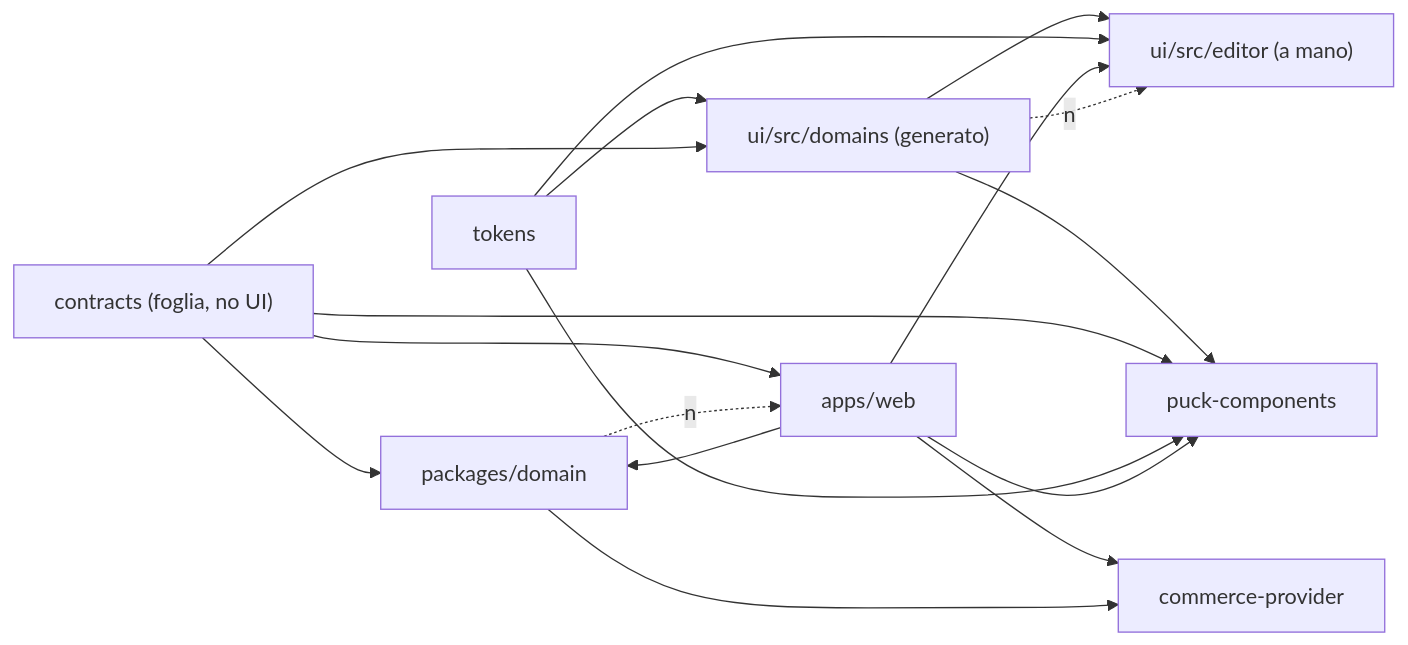
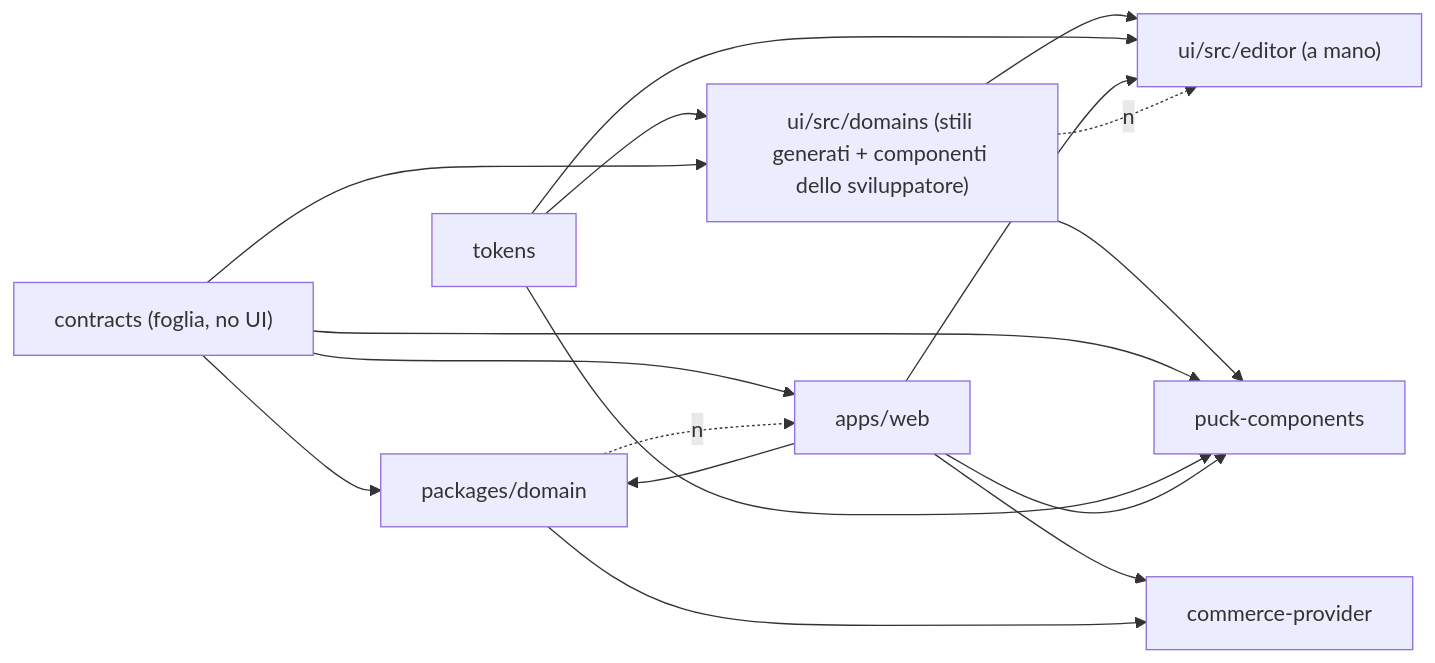
Before and after one commit to AlessandroPaciello/page-builder: the second of 2 diagrams in _bmad-output/planning-artifacts/architecture/architecture-page-builder-2026-07-25/ARCHITECTURE-SPINE.md, drawn with Mermaid. The commit also changed other lines of this file and 12 other files, not shown here.

````diff
--- a/_bmad-output/planning-artifacts/architecture/architecture-page-builder-2026-07-25/ARCHITECTURE-SPINE.md
+++ b/_bmad-output/planning-artifacts/architecture/architecture-page-builder-2026-07-25/ARCHITECTURE-SPINE.md
@@ -65,20 +65,20 @@
 ```mermaid
 graph LR
   contracts["contracts (foglia, no UI)"]
-  tokens --> domains["ui/src/domains (generato)"]
+  tokens --> domains["ui/src/domains (stili generati + componenti dello sviluppatore)"]
   contracts --> domains
   domains --> editor["ui/src/editor (a mano)"]
   domains --> puck[puck-components]
   contracts --> puck
   tokens --> puck
   tokens --> editor
   web[apps/web] --> editor
   web --> puck
   web --> core[packages/domain]
   web --> commerce[commerce-provider]
   contracts --> core
   contracts --> web
   core --> commerce
   core -.no.-> web
   domains -.no.-> editor
 ```
````
